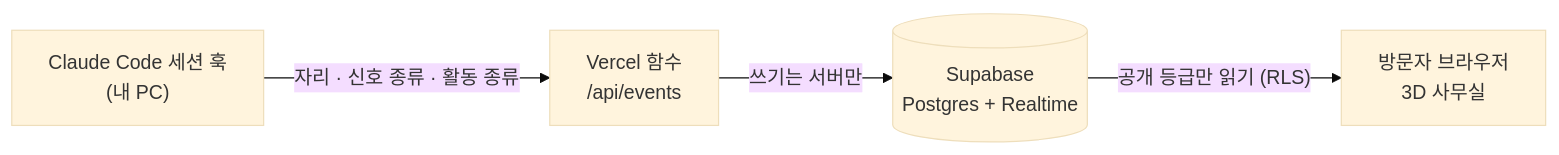
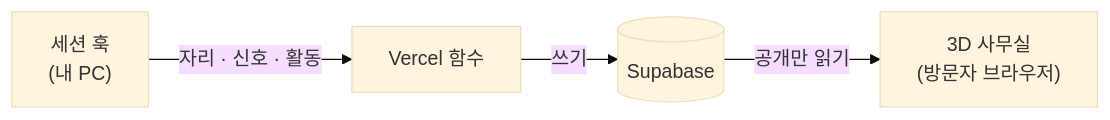
Before and after one commit to Rowan-Hyeho-Song/agent-office: the diagram in README.md, drawn with Mermaid (base theme). The commit also changed other lines of this file, not shown here.

````diff
--- a/README.md
+++ b/README.md
@@ -24,6 +28,6 @@
 ```mermaid
 flowchart LR
-  H["Claude Code 세션 훅<br/>(내 PC)"] -- "자리 · 신호 종류 · 활동 종류" --> F["Vercel 함수<br/>/api/events"]
-  F -- "쓰기는 서버만" --> S[("Supabase<br/>Postgres + Realtime")]
-  S -- "공개 등급만 읽기 (RLS)" --> B["방문자 브라우저<br/>3D 사무실"]
+  H["세션 훅<br/>(내 PC)"] -- "자리 · 신호 · 활동" --> F["Vercel 함수"]
+  F -- "쓰기" --> S[("Supabase")]
+  S -- "공개만 읽기" --> B["3D 사무실<br/>(방문자 브라우저)"]
 ```
````
